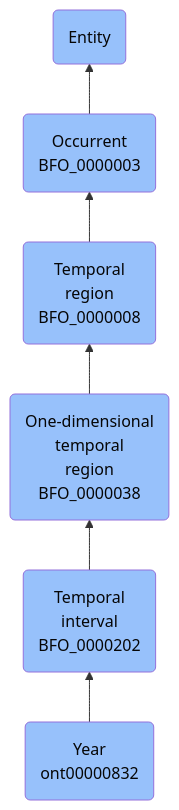
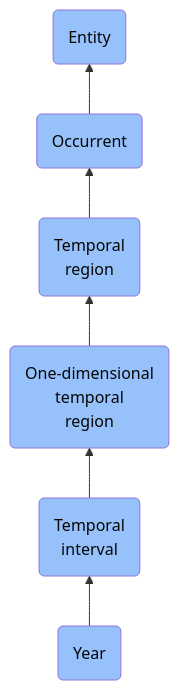
One commit to jupyter-naas/abi changed the diagram in docs/ontology/reference/model/Entity/Occurrent/Temporal region/One-dimensional temporal region/Temporal interval/Year/Year.md. Above: the diagram before and after it, drawn with Mermaid. The commit also changed other lines of this file and 1430 other files, not shown here.

````diff
--- a/docs/ontology/reference/model/Entity/Occurrent/Temporal region/One-dimensional temporal region/Temporal interval/Year/Year.md
+++ b/docs/ontology/reference/model/Entity/Occurrent/Temporal region/One-dimensional temporal region/Temporal interval/Year/Year.md
@@ -24,13 +24,13 @@
 ```mermaid
 graph BT
-    ont00000832(Year<br>ont00000832):::BFO-->BFO_0000202
-    BFO_0000202(Temporal<br>interval<br>BFO_0000202):::BFO-->BFO_0000038
-    BFO_0000038(One-dimensional<br>temporal<br>region<br>BFO_0000038):::BFO-->BFO_0000008
-    BFO_0000008(Temporal<br>region<br>BFO_0000008):::BFO-->BFO_0000003
-    BFO_0000003(Occurrent<br>BFO_0000003):::BFO-->BFO_0000001
+    ont00000832(Year):::BFO-->BFO_0000202
+    BFO_0000202(Temporal<br>interval):::BFO-->BFO_0000038
+    BFO_0000038(One-dimensional<br>temporal<br>region):::BFO-->BFO_0000008
+    BFO_0000008(Temporal<br>region):::BFO-->BFO_0000003
+    BFO_0000003(Occurrent):::BFO-->BFO_0000001
     BFO_0000001(Entity):::BFO
     
     classDef BFO fill:#97c1fb,color:#060606
     classDef CCO fill:#e4c51e,color:#060606
     classDef ABI fill:#48DD82,color:#060606
 ```
````
